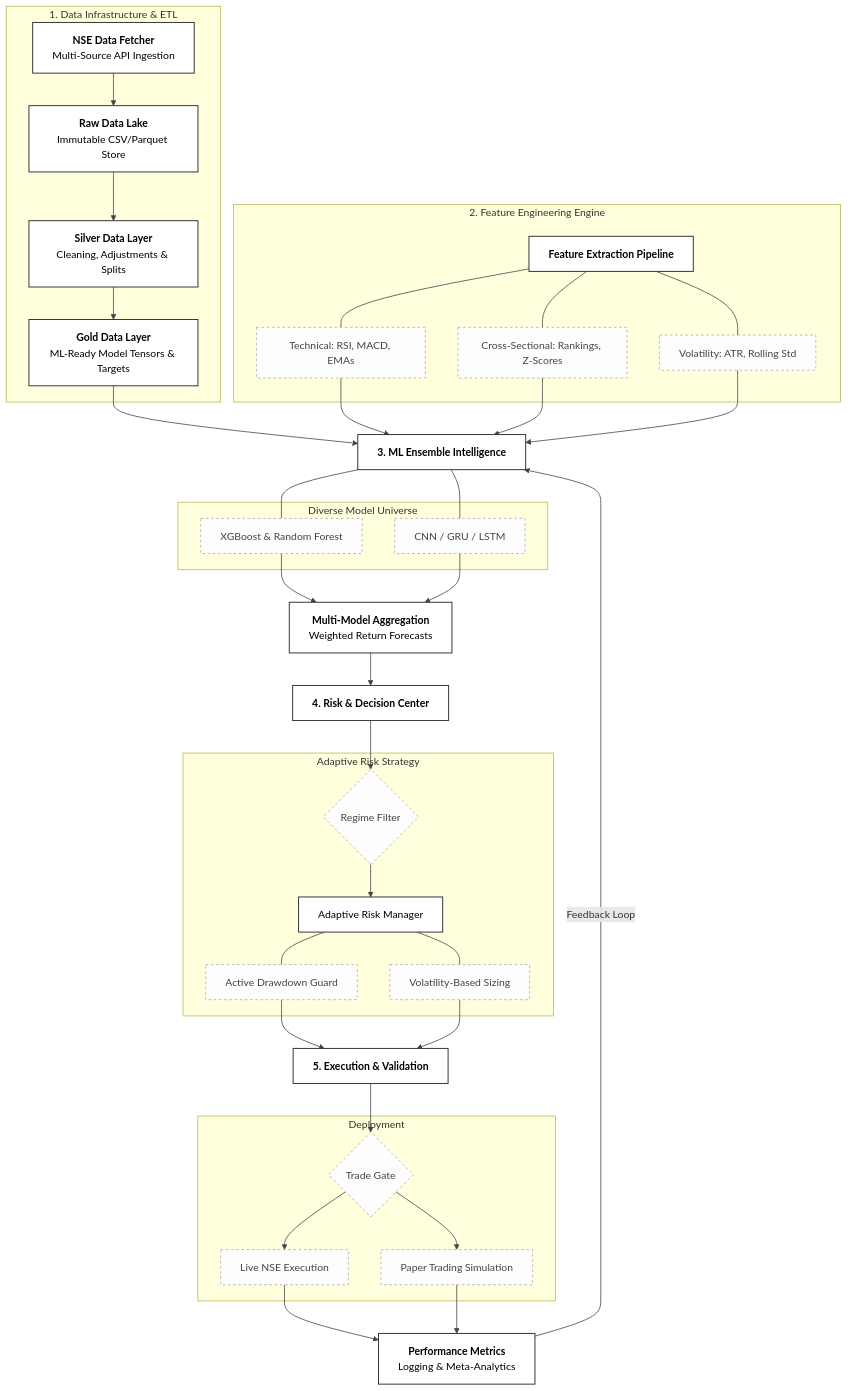
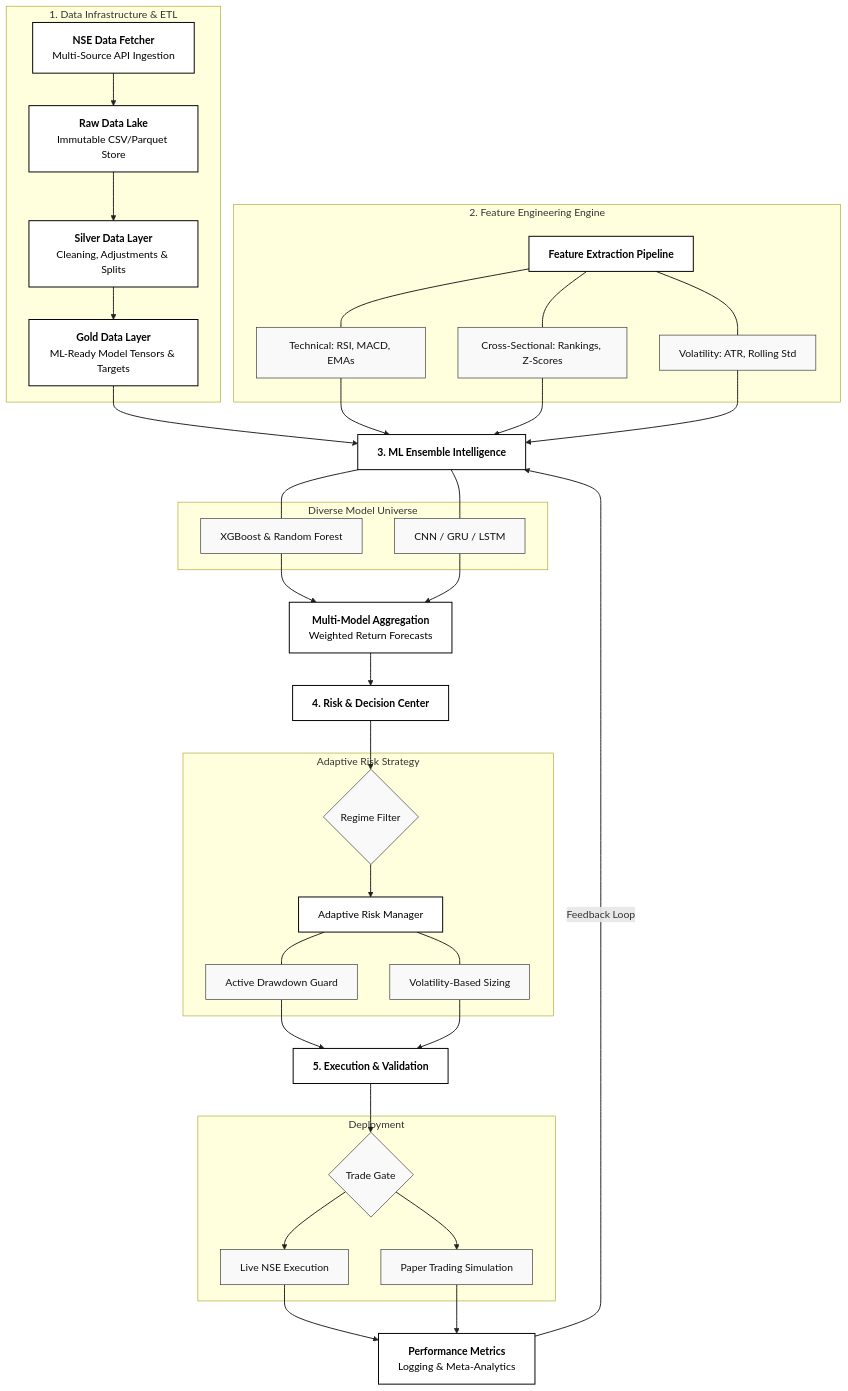
One commit to N0AHZACH/Quant_Engine changed the diagram in README.md. Above: the diagram before and after it, drawn with Mermaid.

Commit message:
Final Update: Enhanced internal line visibility and contrast for architecture diagram

````diff
--- a/README.md
+++ b/README.md
@@ -25,64 +25,72 @@
 ```mermaid
 graph TD
     %% Global Style Definitions
-    classDef mainNode fill:#fff,stroke:#333,stroke-width:1.5px,color:#000;
-    classDef internalNode fill:#fdfdfd,stroke:#999,stroke-width:1px,color:#444,stroke-dasharray: 4 4;
+    classDef mainNode fill:#ffffff,stroke:#000000,stroke-width:1.5px,color:#000000;
+    classDef internalNode fill:#f9f9f9,stroke:#333333,stroke-width:1px,color:#111111;
 
     %% 1. Data Infrastructure (Lake Architecture)
     subgraph Data_Lake [1. Data Infrastructure & ETL]
         A[<b>NSE Data Fetcher</b><br/>Multi-Source API Ingestion] --> B[<b>Raw Data Lake</b><br/>Immutable CSV/Parquet Store]
         B --> C[<b>Silver Data Layer</b><br/>Cleaning, Adjustments & Splits]
         C --> D[<b>Gold Data Layer</b><br/>ML-Ready Model Tensors & Targets]
     end
     class A,B,C,D mainNode;
 
     %% 2. Feature Engineering
     subgraph Feature_Layer [2. Feature Engineering Engine]
         E[<b>Feature Extraction Pipeline</b>]
         E1[Technical: RSI, MACD, EMAs]
         E2[Cross-Sectional: Rankings, Z-Scores]
         E3[Volatility: ATR, Rolling Std]
-        E --- E1 & E2 & E3
+        E --- E1
+        E --- E2
+        E --- E3
     end
     class E mainNode;
     class E1,E2,E3 internalNode;
 
     %% 3. Intelligence Engine
     D & E1 & E2 & E3 --> F[<b>3. ML Ensemble Intelligence</b>]
     subgraph Model_Mix [Diverse Model Universe]
         F1[XGBoost & Random Forest]
         F2[CNN / GRU / LSTM]
     end
-    F --- F1 & F2
+    F --- F1
+    F --- F2
     F1 & F2 --> G[<b>Multi-Model Aggregation</b><br/>Weighted Return Forecasts]
     class F,G mainNode;
     class F1,F2 internalNode;
 
     %% 4. Risk & Decision Center
     G --> H[<b>4. Risk & Decision Center</b>]
     subgraph Risk_Controls [Adaptive Risk Strategy]
         H1{Regime Filter}
         H2[Adaptive Risk Manager]
         H3[Active Drawdown Guard]
         H4[Volatility-Based Sizing]
     end
-    H --> H1 --> H2 --- H3 & H4
+    H --> H1
+    H1 --> H2
+    H2 --- H3
+    H2 --- H4
     class H,H2 mainNode;
     class H1,H3,H4 internalNode;
 
     %% 5. Execution & Feedback
     H3 & H4 --> I[<b>5. Execution & Validation</b>]
     subgraph Execution_Path [Deployment]
         I1{Trade Gate}
         I2[Live NSE Execution]
         I3[Paper Trading Simulation]
     end
-    I --> I1 --> I2 & I3
+    I --> I1
+    I1 --> I2
+    I1 --> I3
     I2 & I3 --> J[<b>Performance Metrics</b><br/>Logging & Meta-Analytics]
     J -->|Feedback Loop| F
     class I,J mainNode;
     class I1,I2,I3 internalNode;
 
-    %% Connector Styling
-    linkStyle default stroke:#444,stroke-width:1.2px;
+    %% Connector Styling - High Visibility
+    linkStyle default stroke:#222,stroke-width:1.5px;
 ```
````
